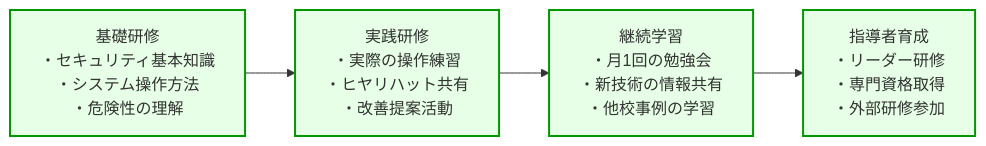
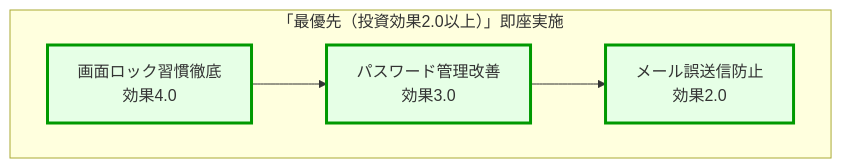
Before and after one commit to nahisaho/zenn-writing-collection: the third of 6 diagrams in books/d87165478af519/chapter11.md, drawn with Mermaid. The commit also changed other lines of this file and 17 other files, not shown here.

````diff
--- a/books/d87165478af519/chapter11.md
+++ b/books/d87165478af519/chapter11.md
@@ -584,11 +266,12 @@
 ```mermaid
-graph LR
-    A[基礎研修<br/>・セキュリティ基本知識<br/>・システム操作方法<br/>・危険性の理解] --> B[実践研修<br/>・実際の操作練習<br/>・ヒヤリハット共有<br/>・改善提案活動]
-    
-    B --> C[継続学習<br/>・月1回の勉強会<br/>・新技術の情報共有<br/>・他校事例の学習]
-    
-    C --> D[指導者育成<br/>・リーダー研修<br/>・専門資格取得<br/>・外部研修参加]
-    
-    classDef training fill:#e6ffe6,stroke:#009900,stroke-width:2px
-    class A,B,C,D training
+graph TB
+    subgraph 最優先[「最優先（投資効果2.0以上）」即座実施]
+        A1[画面ロック習慣徹底<br/>効果4.0]
+        A2[パスワード管理改善<br/>効果3.0]
+        A3[メール誤送信防止<br/>効果2.0]
+        A1 --> A2 --> A3
+    end
+
+    classDef highest fill:#e6ffe6,stroke:#009900,stroke-width:3px
+    class A1,A2,A3 highest
 ```
````
